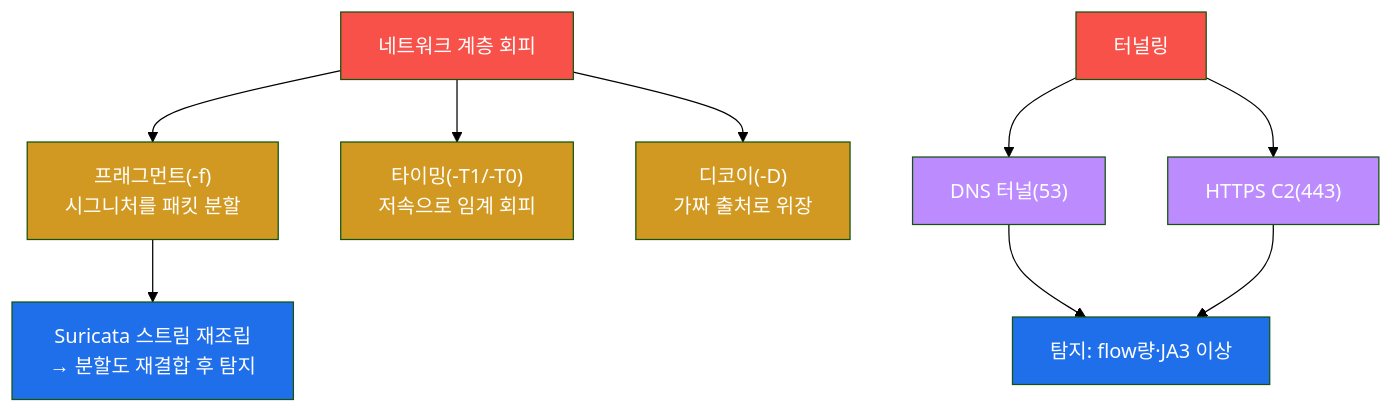
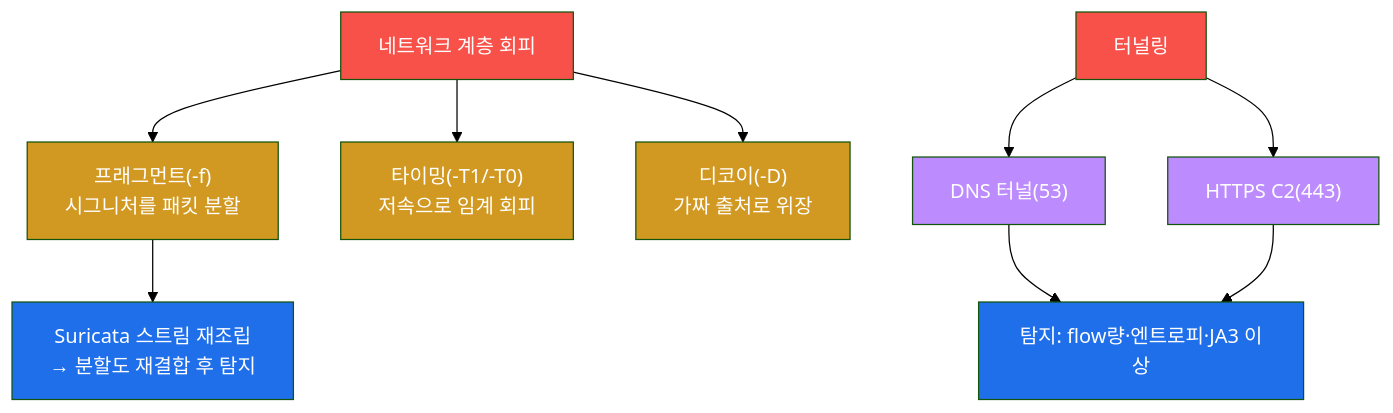
The fourth of 4 diagrams in contents/training/attack-adv/lecture_week03.md (mrgrit/tw2), drawn with Mermaid (forest theme) before and after one commit. The commit also changed other lines of this file, not shown here.

````diff
--- a/contents/training/attack-adv/lecture_week03.md
+++ b/contents/training/attack-adv/lecture_week03.md
@@ -139,22 +216,22 @@
 ```mermaid
 graph TD
     NET["네트워크 계층 회피"]
     NET --> F["프래그먼트(-f)<br/>시그니처를 패킷 분할"]
     NET --> T["타이밍(-T1/-T0)<br/>저속으로 임계 회피"]
     NET --> D["디코이(-D)<br/>가짜 출처로 위장"]
     F --> RE["Suricata 스트림 재조립<br/>→ 분할도 재결합 후 탐지"]
     TUN["터널링"]
     TUN --> DNS["DNS 터널(53)"]
     TUN --> HTTPS["HTTPS C2(443)"]
-    DNS --> META["탐지: flow량·JA3 이상"]
+    DNS --> META["탐지: flow량·엔트로피·JA3 이상"]
     HTTPS --> META
     style NET fill:#f85149,color:#fff
     style F fill:#d29922,color:#fff
     style T fill:#d29922,color:#fff
     style D fill:#d29922,color:#fff
     style RE fill:#1f6feb,color:#fff
     style TUN fill:#f85149,color:#fff
     style DNS fill:#bc8cff,color:#fff
     style HTTPS fill:#bc8cff,color:#fff
     style META fill:#1f6feb,color:#fff
 ```
````
